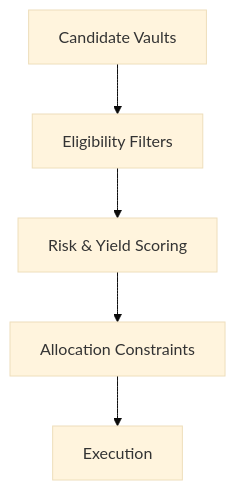
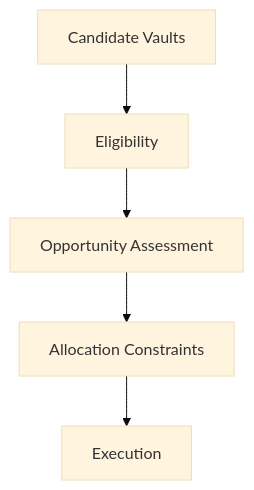
The diagram in risk-management/decision-pipeline.mdx (tokenpage/yieldseeker-docs), drawn with Mermaid (base theme) before and after one commit. The commit also changed other lines of this file and 1 other file, not shown here.

````diff
--- a/risk-management/decision-pipeline.mdx
+++ b/risk-management/decision-pipeline.mdx
@@ -11,13 +11,13 @@
 ```mermaid
 flowchart TD
     Candidates["Candidate Vaults"]
-    Eligibility["Eligibility Filters"]
-    Scoring["Risk & Yield Scoring"]
+    Eligibility["Eligibility"]
+    Assessment["Opportunity Assessment"]
     Allocation["Allocation Constraints"]
     Execution["Execution"]
 
     Candidates --> Eligibility
-    Eligibility --> Scoring
-    Scoring --> Allocation
+    Eligibility --> Assessment
+    Assessment --> Allocation
     Allocation --> Execution
 ```
````
